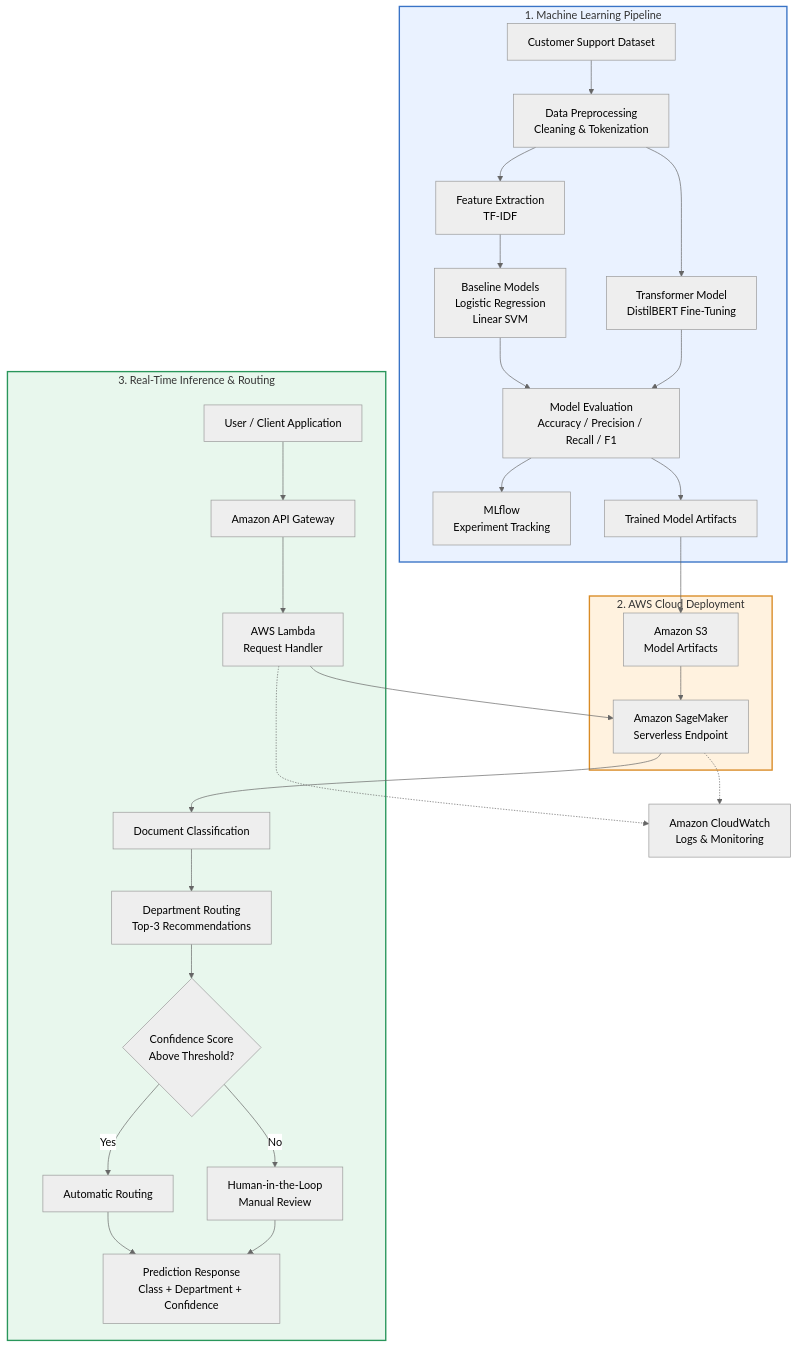
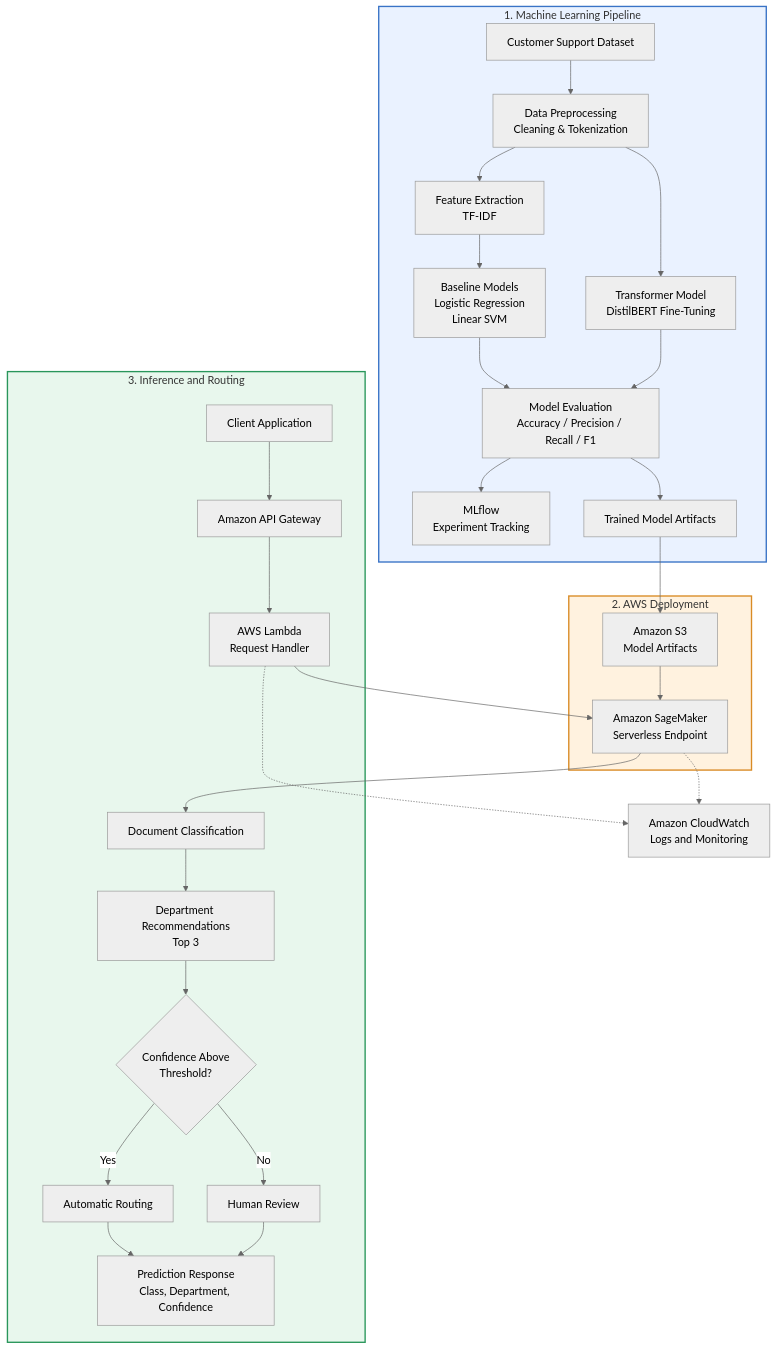
One commit to a7medma7moudmostafa/NHA-5-168 changed the diagram in README.md. Above: the diagram before and after it, drawn with Mermaid (neutral theme). The commit also changed other lines of this file, not shown here.

````diff
--- a/README.md
+++ b/README.md
@@ -15,66 +25,65 @@
 ```mermaid
 flowchart TB
 
     subgraph ML["1. Machine Learning Pipeline"]
         A["Customer Support Dataset"]
         B["Data Preprocessing<br/>Cleaning & Tokenization"]
         C["Feature Extraction<br/>TF-IDF"]
-        
+
         D["Baseline Models<br/>Logistic Regression<br/>Linear SVM"]
         E["Transformer Model<br/>DistilBERT Fine-Tuning"]
-        
+
         F["Model Evaluation<br/>Accuracy / Precision / Recall / F1"]
         G["MLflow<br/>Experiment Tracking"]
         H["Trained Model Artifacts"]
 
         A --> B
         B --> C
         C --> D
         B --> E
         D --> F
         E --> F
         F --> G
         F --> H
     end
 
-    subgraph AWS["2. AWS Cloud Deployment"]
+    subgraph AWS["2. AWS Deployment"]
         I["Amazon S3<br/>Model Artifacts"]
         J["Amazon SageMaker<br/>Serverless Endpoint"]
-        
+
         H --> I
         I --> J
     end
 
-    subgraph INFERENCE["3. Real-Time Inference & Routing"]
-        K["User / Client Application"]
+    subgraph INFERENCE["3. Inference and Routing"]
+        K["Client Application"]
         L["Amazon API Gateway"]
         M["AWS Lambda<br/>Request Handler"]
         N["Document Classification"]
-        O["Department Routing<br/>Top-3 Recommendations"]
-        P{"Confidence Score<br/>Above Threshold?"}
+        O["Department Recommendations<br/>Top 3"]
+        P{"Confidence Above<br/>Threshold?"}
         Q["Automatic Routing"]
-        R["Human-in-the-Loop<br/>Manual Review"]
-        S["Prediction Response<br/>Class + Department + Confidence"]
+        R["Human Review"]
+        S["Prediction Response<br/>Class, Department, Confidence"]
 
         K --> L
         L --> M
         M --> J
         J --> N
         N --> O
         O --> P
         P -->|Yes| Q
         P -->|No| R
         Q --> S
         R --> S
     end
 
-    T["Amazon CloudWatch<br/>Logs & Monitoring"]
+    T["Amazon CloudWatch<br/>Logs and Monitoring"]
 
     M -.-> T
     J -.-> T
 
     style ML fill:#eaf2ff,stroke:#3973c6,stroke-width:2px
     style AWS fill:#fff2df,stroke:#d98b25,stroke-width:2px
     style INFERENCE fill:#e8f7ed,stroke:#29965b,stroke-width:2px
-
 ```
````
